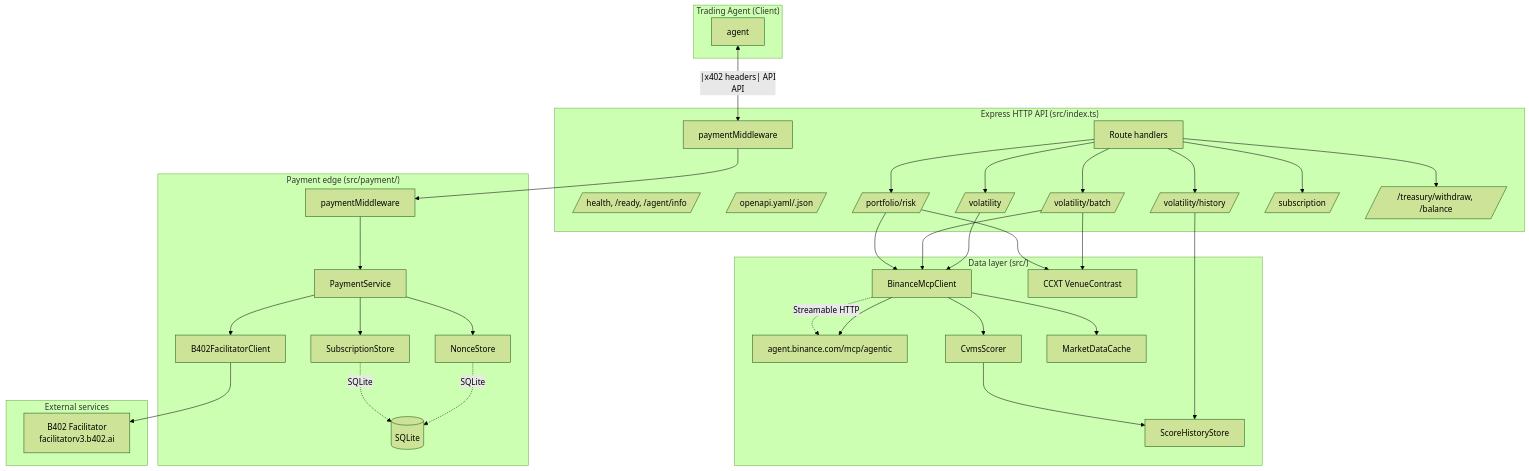
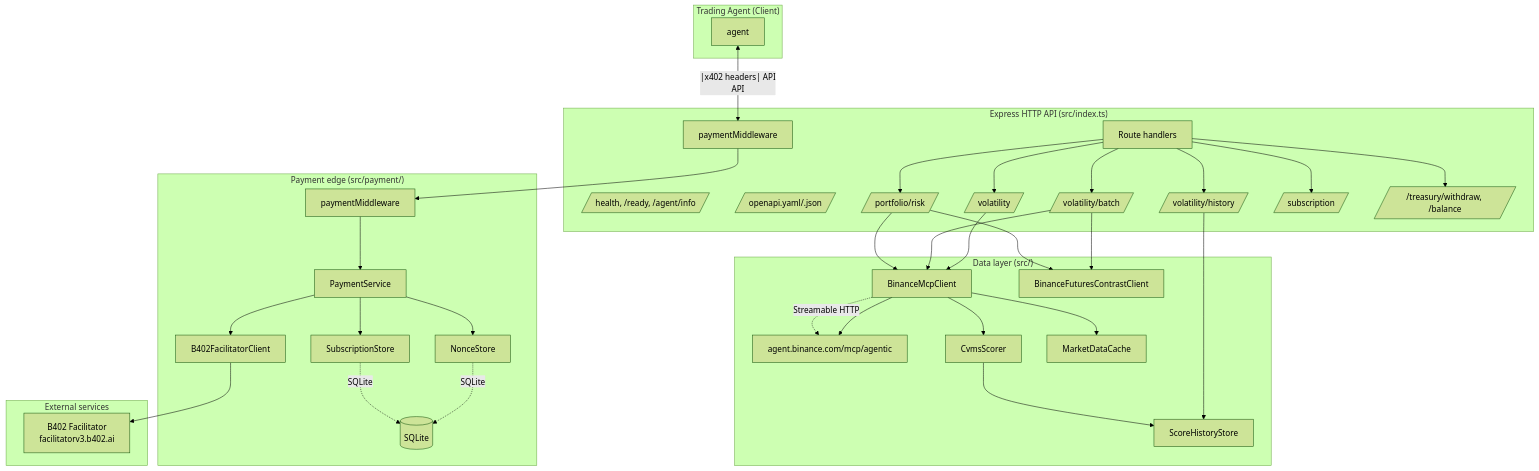
One commit to AduAkorful/agent-broker changed the first of 6 diagrams in docs/architecture.md. Above: the diagram before and after it, drawn with Mermaid (forest theme). The commit also changed other lines of this file and 14 other files, not shown here.

First line of the commit message:
feat: Binance spot vs futures basis for venue contrast

````diff
--- a/docs/architecture.md
+++ b/docs/architecture.md
@@ -7,59 +7,59 @@
 ```mermaid
 graph TD
   subgraph Agent["Trading Agent (Client)"]
     AGT[agent]
   end
 
   subgraph Express["Express HTTP API (src/index.ts)"]
     API[Route handlers]
     MW[paymentMiddleware]
     HEALTH[/health, /ready, /agent/info/]
     OPENAPI[/openapi.yaml/.json/]
     VOL[/volatility/]
     HIST[/volatility/history/]
     BATCH[/volatility/batch/]
     PORT[/portfolio/risk/]
     SUB[/subscription/]
     TREAS[//treasury/withdraw, /balance/]
 
     API --> VOL
     API --> HIST
     API --> BATCH
     API --> PORT
     API --> SUB
     API --> TREAS
   end
 
   subgraph Payment["Payment edge (src/payment/)"]
     MW --> PMW[paymentMiddleware]
     PMW --> PS[PaymentService]
     PS --> NS[NonceStore]
     PS --> SS[SubscriptionStore]
     PS --> FC[B402FacilitatorClient]
     NS -.->|SQLite| DB[(SQLite)]
     SS -.->|SQLite| DB
   end
 
   subgraph Data["Data layer (src/)"]
     VOL --> MCP[BinanceMcpClient]
     HIST --> SHS[ScoreHistoryStore]
     BATCH --> MCP
     PORT --> MCP
     MCP --> MCP_SERVER[agent.binance.com/mcp/agentic]
     MCP -.->|Streamable HTTP| MCP_SERVER
     MCP --> CVMS[CvmsScorer]
     CVMS --> SHS
     MCP --> CACHE[MarketDataCache]
-    BATCH --> VC[CCXT VenueContrast]
+    BATCH --> VC[BinanceFuturesContrastClient]
     PORT --> VC
   end
 
   subgraph Ext["External services"]
     MCP_SERVER
     FC --> FAC[B402 Facilitator<br/>facilitatorv3.b402.ai]
     FAC
   end
 
   AGT <--|x402 headers| API
   API --> MW
 ```
````
